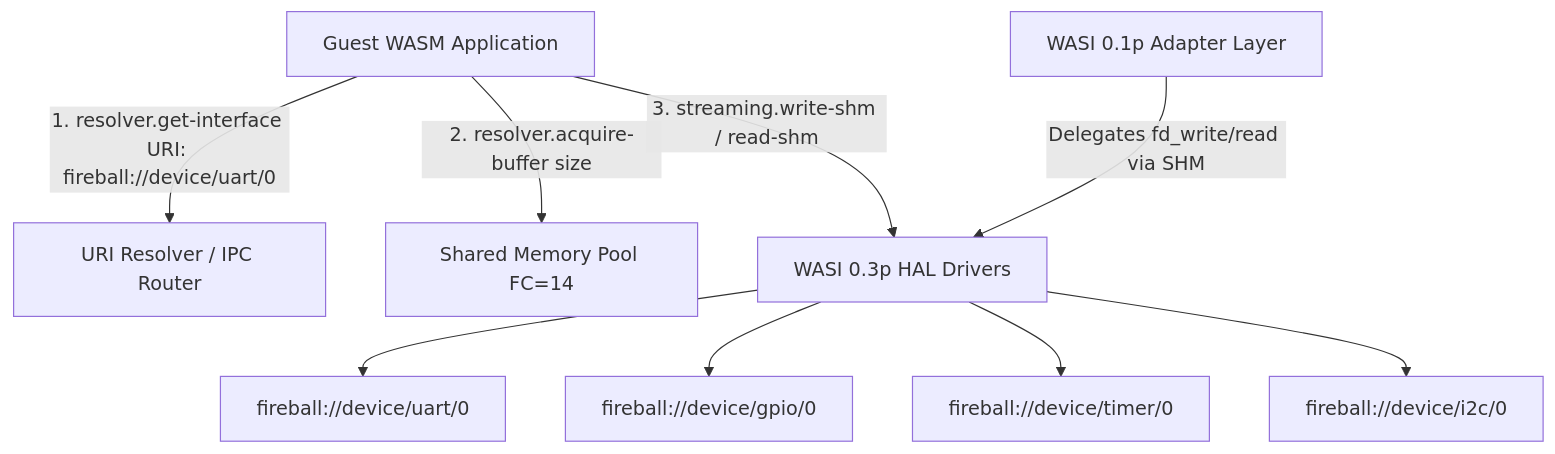
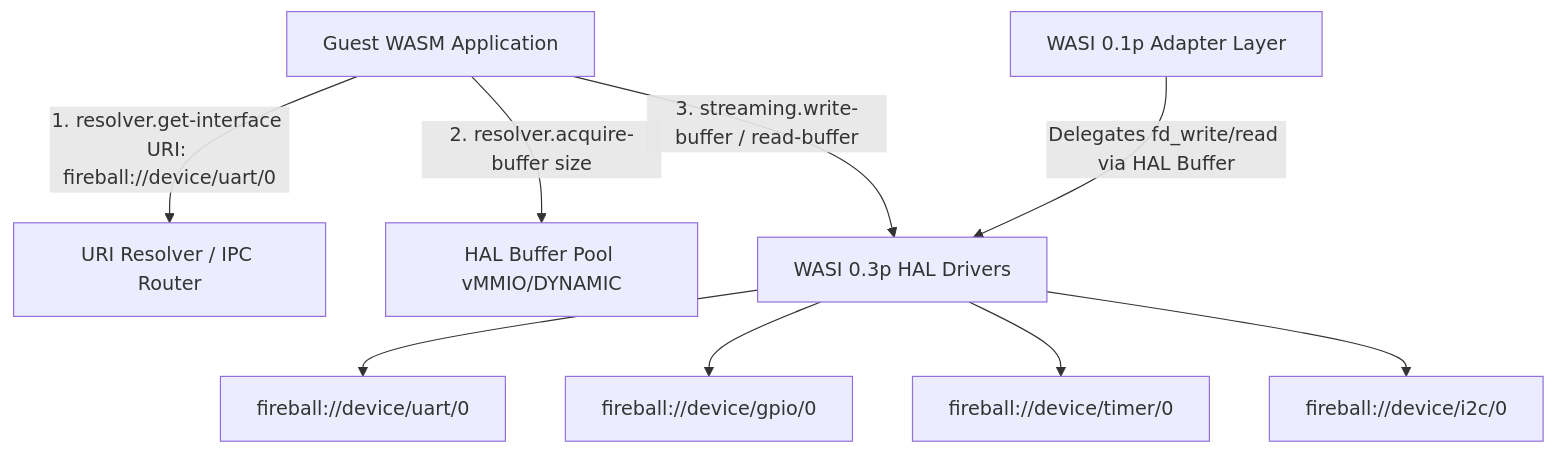
Before and after one commit to kmt-t/fireball: the diagram in docs/components/tier1_interface/interface_wit.md, drawn with Mermaid. The commit also changed other lines of this file and 8 other files, not shown here.

Commit message:
docs(wit): refactor HAL buffer from SHM to HAL buffer pool in vMMIO/DYNAMIC

````diff
--- a/docs/components/tier1_interface/interface_wit.md
+++ b/docs/components/tier1_interface/interface_wit.md
@@ -34,11 +34,11 @@
 ```mermaid
 graph TD
     Guest[Guest WASM Application] -->|1. resolver.get-interface URI: fireball://device/uart/0| Res[URI Resolver / IPC Router]
-    Guest -->|2. resolver.acquire-buffer size| SHM[Shared Memory Pool FC=14]
-    Guest -->|3. streaming.write-shm / read-shm| W3Core[WASI 0.3p HAL Drivers]
-    W1Wrap[WASI 0.1p Adapter Layer] -->|Delegates fd_write/read via SHM| W3Core
+    Guest -->|2. resolver.acquire-buffer size| HBP[HAL Buffer Pool vMMIO/DYNAMIC]
+    Guest -->|3. streaming.write-buffer / read-buffer| W3Core[WASI 0.3p HAL Drivers]
+    W1Wrap[WASI 0.1p Adapter Layer] -->|Delegates fd_write/read via HAL Buffer| W3Core
     W3Core --> UART[fireball://device/uart/0]
     W3Core --> GPIO[fireball://device/gpio/0]
     W3Core --> Timer[fireball://device/timer/0]
     W3Core --> I2C[fireball://device/i2c/0]
 ```
````
